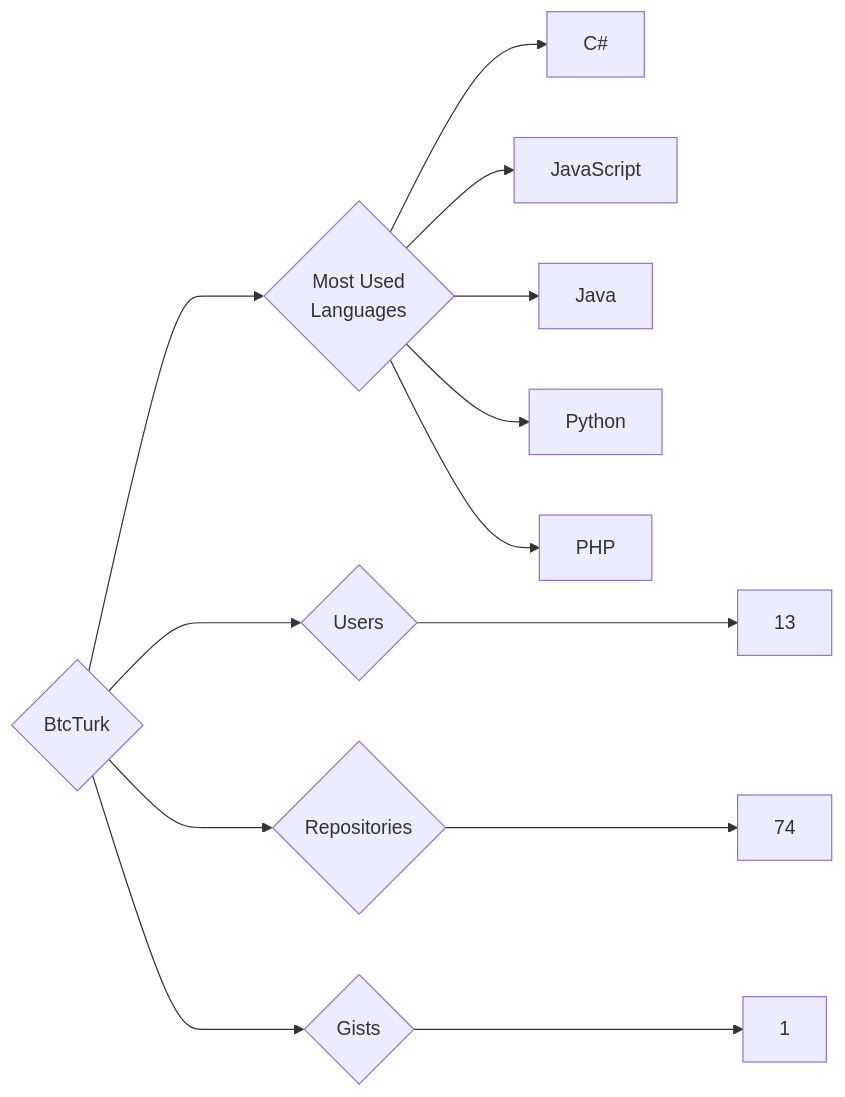
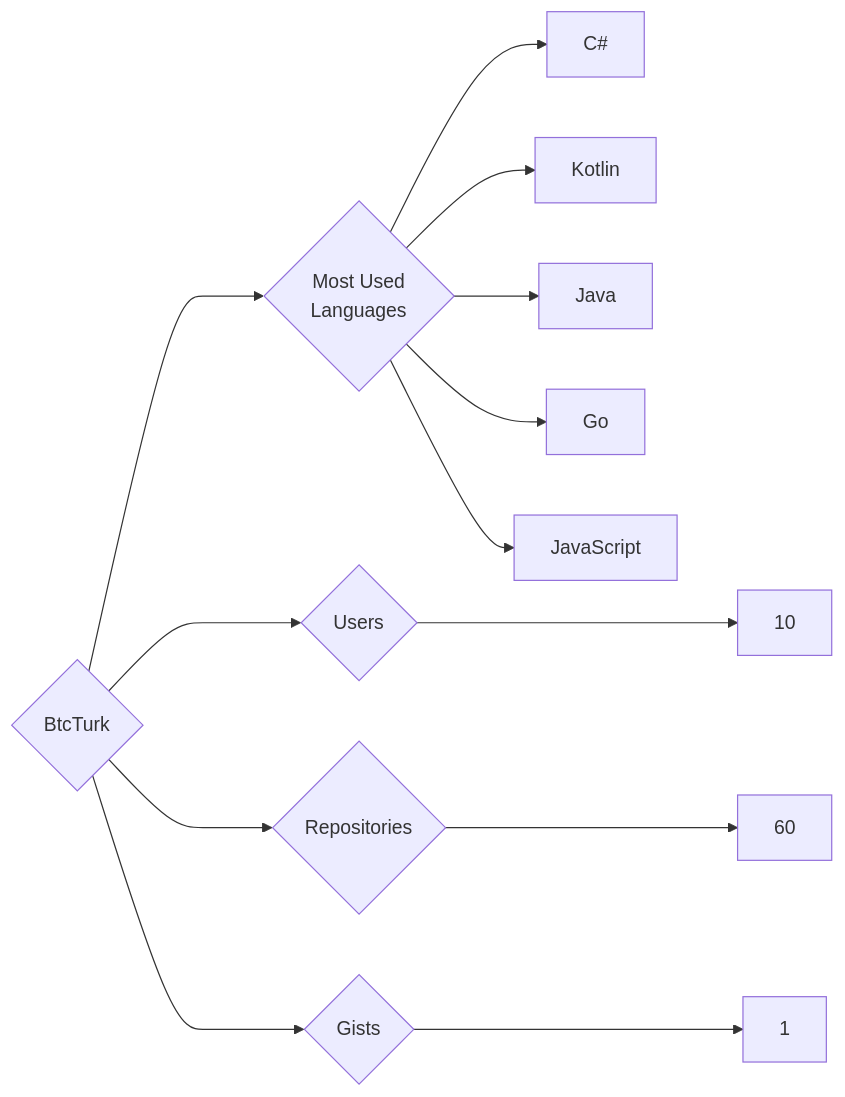
One commit to trickest/insiders changed the diagram in targets/BtcTurk/README.md. Above: the diagram before and after it, drawn with Mermaid. The commit also changed 681 other files, not shown here.

````diff
--- a/targets/BtcTurk/README.md
+++ b/targets/BtcTurk/README.md
@@ -3,13 +3,13 @@
 ```mermaid
 graph LR
 COMPANY_NAME{BtcTurk}
-COMPANY_NAME ---> U{Users} ---> UN[13]
-COMPANY_NAME ---> R{Repositories} ---> RN[74]
+COMPANY_NAME ---> U{Users} ---> UN[10]
+COMPANY_NAME ---> R{Repositories} ---> RN[60]
 COMPANY_NAME ---> G{Gists} ---> GN[1]
 COMPANY_NAME ---> ML{Most Used<br>Languages}
 ML --> C#[C#]
+ML --> Kotlin[Kotlin]
+ML --> Java[Java]
+ML --> Go[Go]
 ML --> JavaScript[JavaScript]
-ML --> Java[Java]
-ML --> Python[Python]
-ML --> PHP[PHP]
 ```
````
